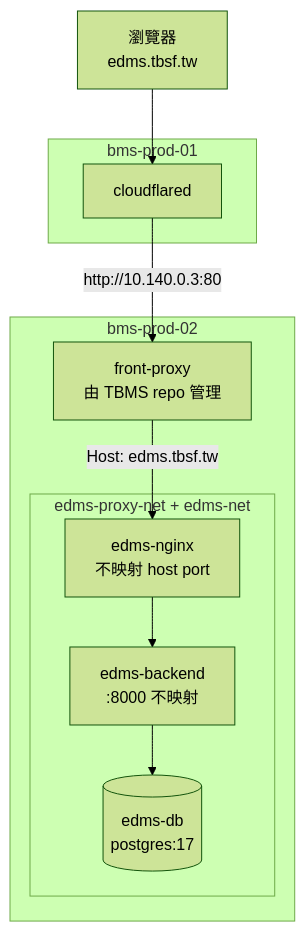
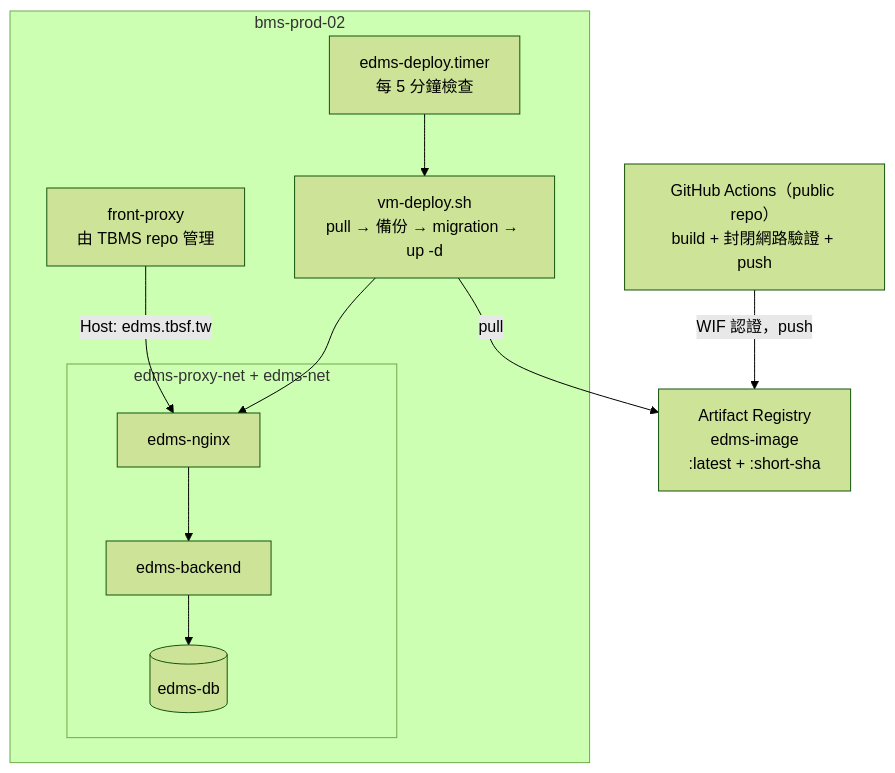
The diagram in docs/infra/deployment.md (sti-fhb/EDMS), drawn with Mermaid (forest theme) before and after one commit. The commit also changed other lines of this file and 5 other files, not shown here.

First line of the commit message:
refactor(infra): CD 改為 GitHub build/push + VM pull-based 部署

````diff
--- a/docs/infra/deployment.md
+++ b/docs/infra/deployment.md
@@ -79,22 +29,23 @@
 ```mermaid
 flowchart TD
-    U["瀏覽器<br/>edms.tbsf.tw"]
+    GH["GitHub Actions（public repo）<br/>build + 封閉網路驗證 + push"]
+    AR["Artifact Registry<br/>edms-image<br/>:latest + :short-sha"]
 
-    subgraph VM1["bms-prod-01"]
-        CF["cloudflared"]
+    subgraph VM2["bms-prod-02"]
+        T["edms-deploy.timer<br/>每 5 分鐘檢查"]
+        D["vm-deploy.sh<br/>pull → 備份 → migration → up -d"]
+        subgraph ENET["edms-proxy-net + edms-net"]
+            EN["edms-nginx"]
+            EB["edms-backend"]
+            ED[("edms-db")]
+        end
+        PX["front-proxy<br/>由 TBMS repo 管理"]
     end
 
-    subgraph VM2["bms-prod-02"]
-        PX["front-proxy<br/>由 TBMS repo 管理"]
-        subgraph ENET["edms-proxy-net + edms-net"]
-            EN["edms-nginx<br/>不映射 host port"]
-            EB["edms-backend<br/>:8000 不映射"]
-            ED[("edms-db<br/>postgres:17")]
-        end
-    end
-
-    U --> CF
-    CF -->|"http://10.140.0.3:80"| PX
+    GH -->|"WIF 認證，push"| AR
+    T --> D
+    D -->|"pull"| AR
+    D --> EN
+    EN --> EB --> ED
     PX -->|"Host: edms.tbsf.tw"| EN
-    EN --> EB --> ED
 ```
````
